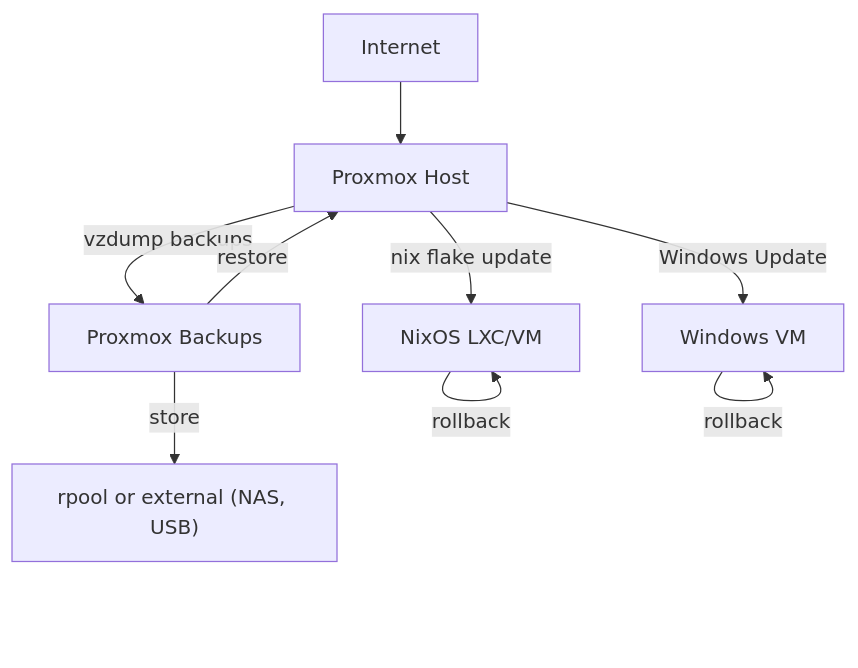
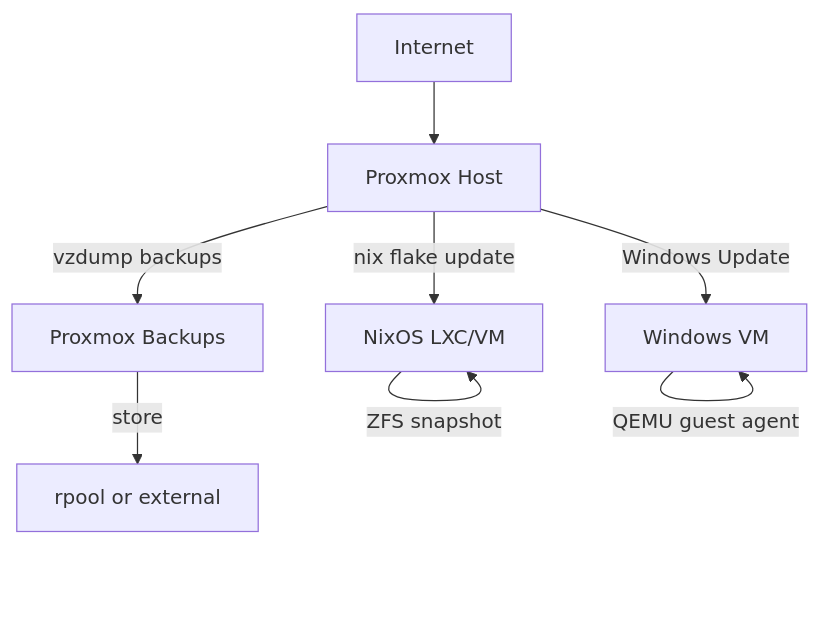
Before and after one commit to Hydepwns/nix-mox: the third of 5 diagrams in docs/architecture/ARCHITECTURE.md, drawn with Mermaid. The commit also changed other lines of this file and 145 other files, not shown here.

````diff
--- a/docs/architecture/ARCHITECTURE.md
+++ b/docs/architecture/ARCHITECTURE.md
@@ -74,21 +47,16 @@
 ```mermaid
 flowchart TD
     Internet --> ProxmoxHost
     ProxmoxHost -- "nix flake update" --> NixOS_LXC_VM
     NixOS_LXC_VM -- "nixos-rebuild switch" --> NixOS_LXC_VM
     NixOS_LXC_VM -- "ZFS snapshot" --> NixOS_LXC_VM
     ProxmoxHost -- "Windows Update" --> Windows_VM
     Windows_VM -- "QEMU guest agent" --> Windows_VM
-    Windows_VM -- "ZFS snapshot" --> Windows_VM
     ProxmoxHost -- "vzdump backups" --> Proxmox_Backups
-    Proxmox_Backups -- "store" --> Storage["rpool or external (NAS, USB)"]
-    Proxmox_Backups -- "restore" --> ProxmoxHost
-    NixOS_LXC_VM -- "rollback" --> NixOS_LXC_VM
-    Windows_VM -- "rollback" --> Windows_VM
+    Proxmox_Backups -- "store" --> Storage["rpool or external"]
 
-    %% Display names
     ProxmoxHost["Proxmox Host"]
     NixOS_LXC_VM["NixOS LXC/VM"]
     Windows_VM["Windows VM"]
     Proxmox_Backups["Proxmox Backups"]
 ```
````
